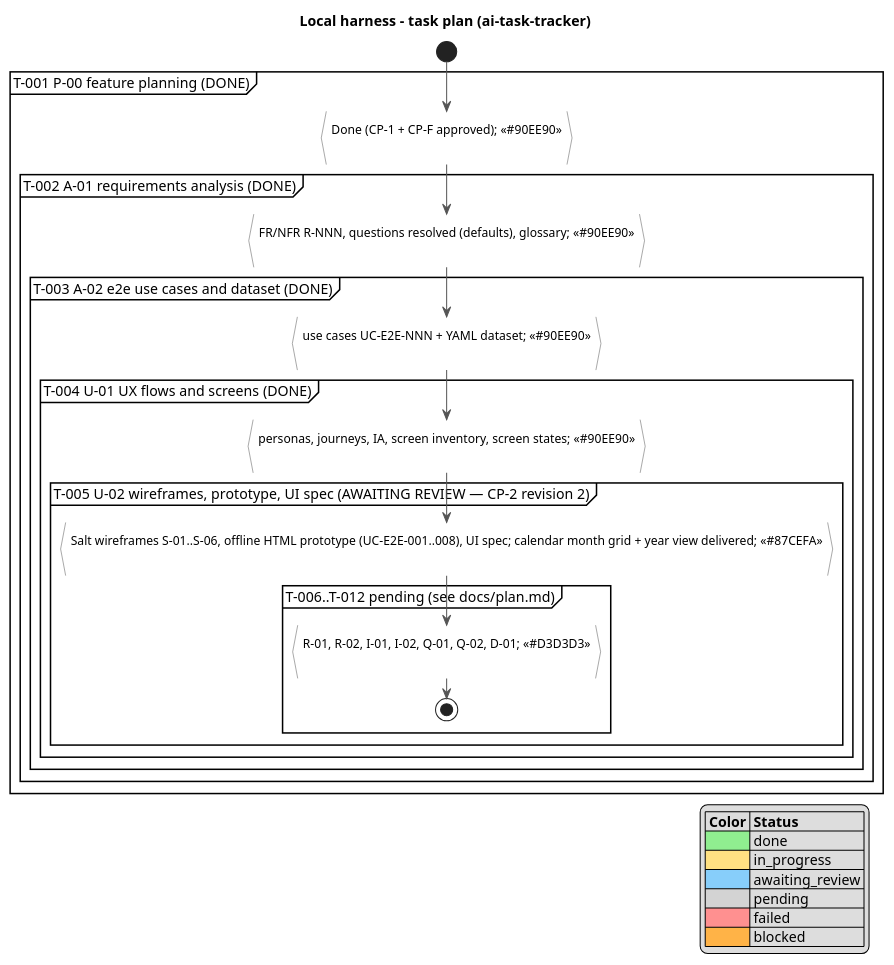
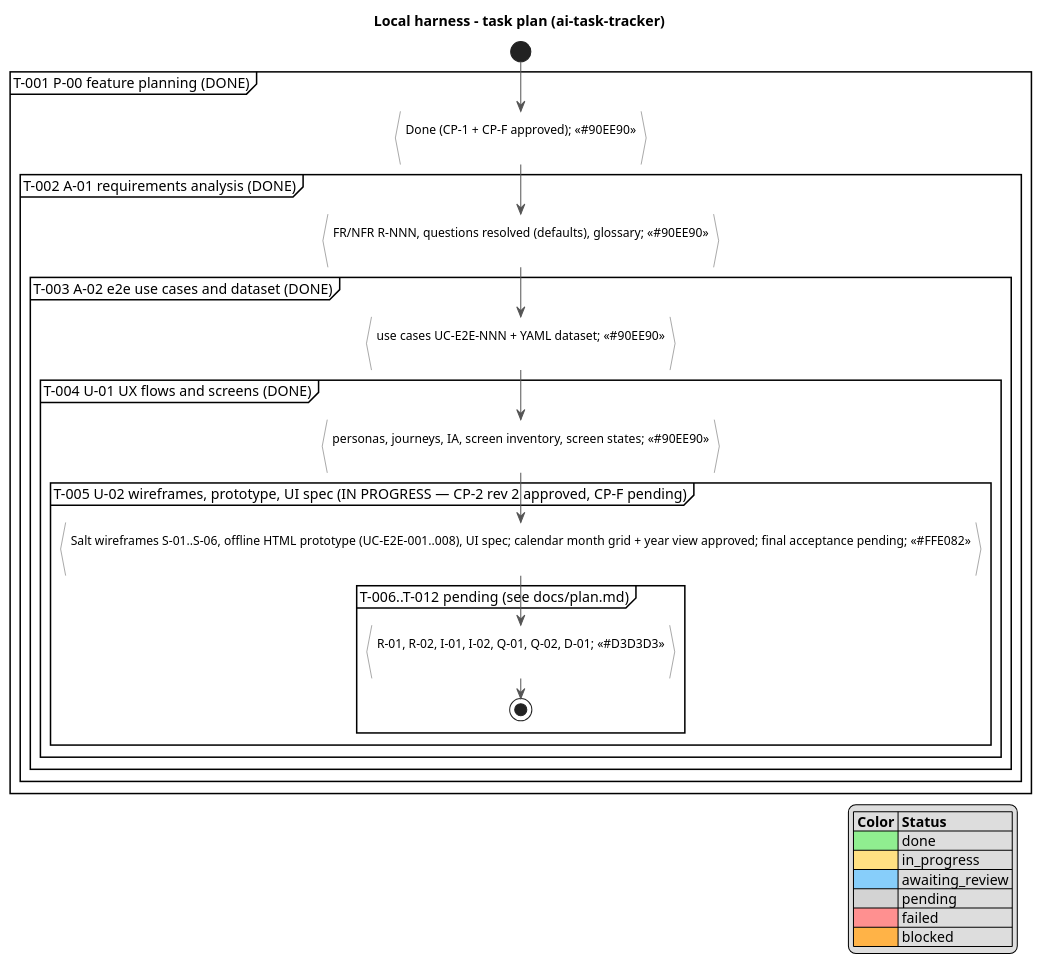
One commit to serge-sasov/ai-task-tracker changed the diagram in docs/activity.puml. Above: the diagram before and after it, drawn with PlantUML. The commit also changed 4 other files, not shown here.

Commit message:
T-005: CP-2 revision 2 approved, final acceptance started

```diff
--- a/docs/activity.puml
+++ b/docs/activity.puml
@@ -1,38 +1,38 @@
 @startuml
 skinparam defaultFontName Segoe UI
 skinparam ActivityBackgroundColor #FFFFFF
 skinparam ActivityBorderColor #555555
 skinparam ArrowColor #555555
 title Local harness - task plan (ai-task-tracker)
 
 start
 partition "T-001 P-00 feature planning (DONE)" {
   :Done (CP-1 + CP-F approved); <<#90EE90>>
 }
 partition "T-002 A-01 requirements analysis (DONE)" {
   :FR/NFR R-NNN, questions resolved (defaults), glossary; <<#90EE90>>
 }
 partition "T-003 A-02 e2e use cases and dataset (DONE)" {
   :use cases UC-E2E-NNN + YAML dataset; <<#90EE90>>
 }
 partition "T-004 U-01 UX flows and screens (DONE)" {
   :personas, journeys, IA, screen inventory, screen states; <<#90EE90>>
 }
-partition "T-005 U-02 wireframes, prototype, UI spec (AWAITING REVIEW — CP-2 revision 2)" {
-  :Salt wireframes S-01..S-06, offline HTML prototype (UC-E2E-001..008), UI spec; calendar month grid + year view delivered; <<#87CEFA>>
+partition "T-005 U-02 wireframes, prototype, UI spec (IN PROGRESS — CP-2 rev 2 approved, CP-F pending)" {
+  :Salt wireframes S-01..S-06, offline HTML prototype (UC-E2E-001..008), UI spec; calendar month grid + year view approved; final acceptance pending; <<#FFE082>>
 }
 partition "T-006..T-012 pending (see docs/plan.md)" {
   :R-01, R-02, I-01, I-02, Q-01, Q-02, D-01; <<#D3D3D3>>
 }
 stop
 
 legend right
  |= Color |= Status |
  |<#90EE90>| done |
  |<#FFE082>| in_progress |
  |<#87CEFA>| awaiting_review |
  |<#D3D3D3>| pending |
  |<#FF9090>| failed |
  |<#FFB347>| blocked |
 endlegend
 @enduml
```
